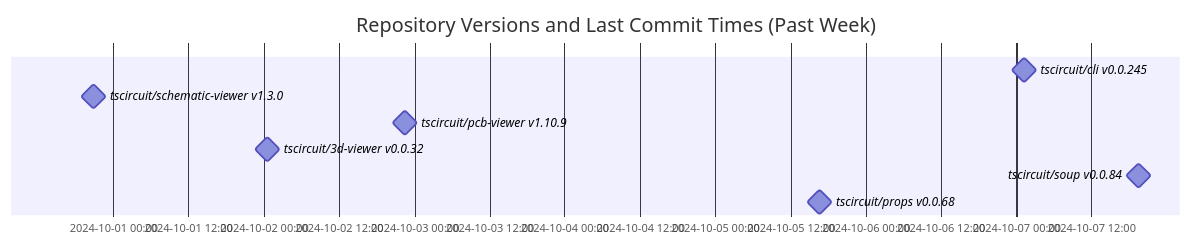
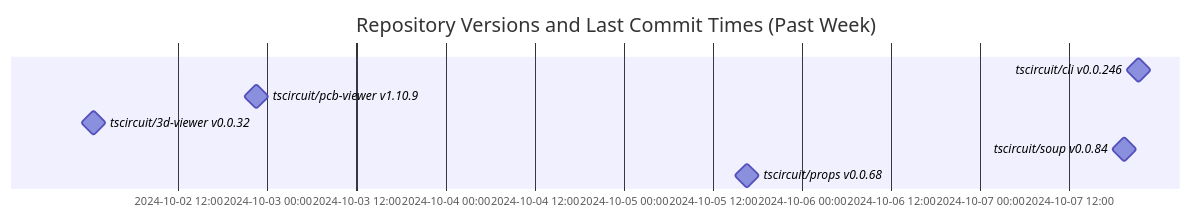
Before and after one commit to tscircuit/version-tracker: the diagram in README.md, drawn with Mermaid.

Commit message:
Update chart

````diff
--- a/README.md
+++ b/README.md
@@ -1,13 +1,12 @@
 ```mermaid
 gantt
   dateFormat  YYYY-MM-DD HH:mm:ss
   title Repository Versions and Last Commit Times (Past Week)
   axisFormat %Y-%m-%d %H:%M
 
-  tscircuit/cli v0.0.245 : milestone, 2024-10-07 01:16:42, 1s
-  tscircuit/schematic-viewer v1.3.0 : milestone, 2024-09-30 20:50:04, 1s
+  tscircuit/cli v0.0.246 : milestone, 2024-10-07 21:24:03, 1s
   tscircuit/pcb-viewer v1.10.9 : milestone, 2024-10-02 22:24:48, 1s
   tscircuit/3d-viewer v0.0.32 : milestone, 2024-10-02 00:30:55, 1s
   tscircuit/soup v0.0.84 : milestone, 2024-10-07 19:29:57, 1s
   tscircuit/props v0.0.68 : milestone, 2024-10-05 16:34:46, 1s
 ```
````
